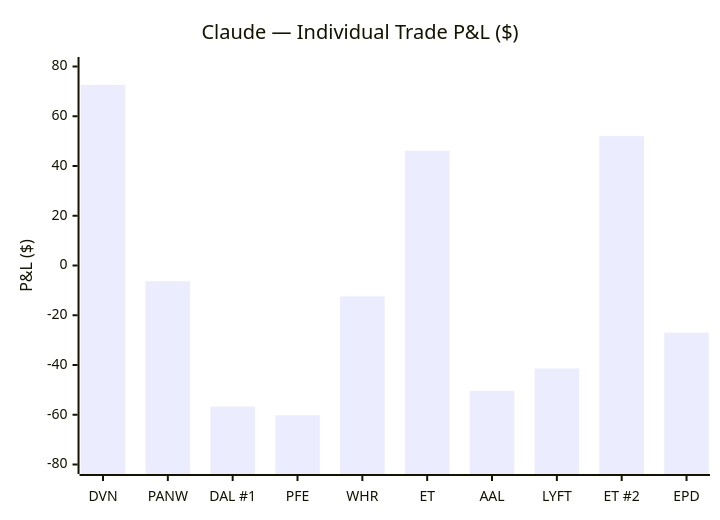
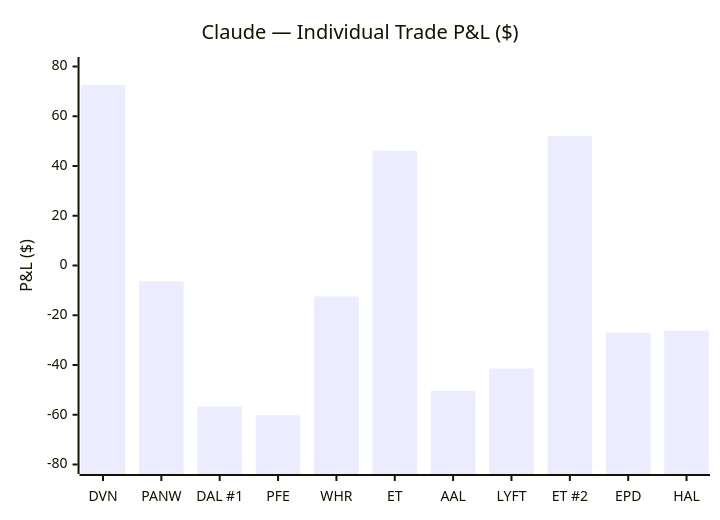
One commit to zachisit/ai-auto-buy-thesis changed the second of 5 diagrams in README.md. Above: the diagram before and after it, drawn with Mermaid. The commit also changed other lines of this file and 2 other files, not shown here.

````diff
--- a/README.md
+++ b/README.md
@@ -39,7 +39,7 @@
 ```mermaid
 xychart-beta
     title "Claude — Individual Trade P&L ($)"
-    x-axis ["DVN", "PANW", "DAL #1", "PFE", "WHR", "ET", "AAL", "LYFT", "ET #2", "EPD"]
+    x-axis ["DVN", "PANW", "DAL #1", "PFE", "WHR", "ET", "AAL", "LYFT", "ET #2", "EPD", "HAL"]
     y-axis "P&L ($)" -80 --> 80
-    bar [72.60, -6.30, -56.70, -60.20, -12.41, 46.11, -50.40, -41.40, 52.02, -27.00]
+    bar [72.60, -6.30, -56.70, -60.20, -12.41, 46.11, -50.40, -41.40, 52.02, -27.00, -26.16]
 ```
````
